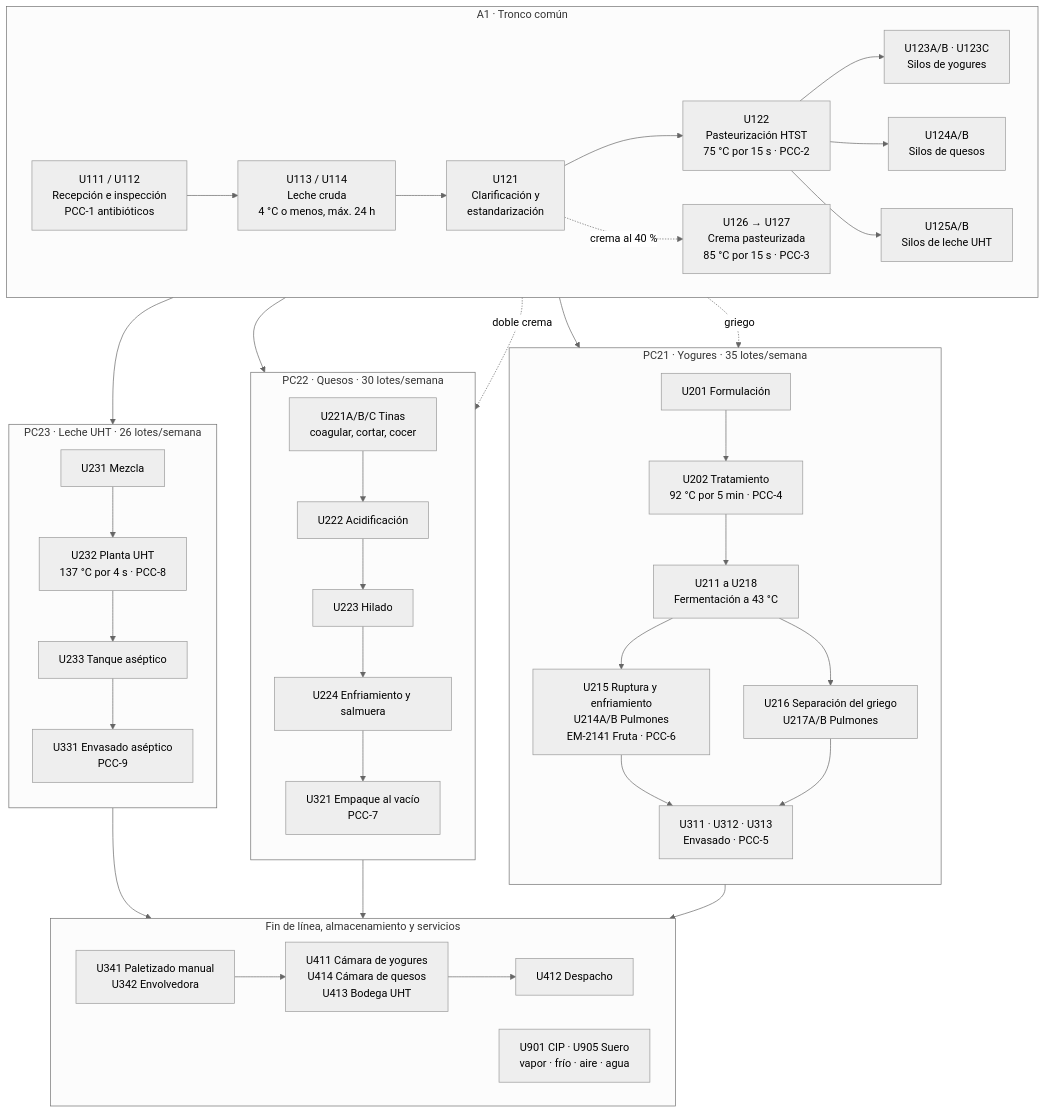
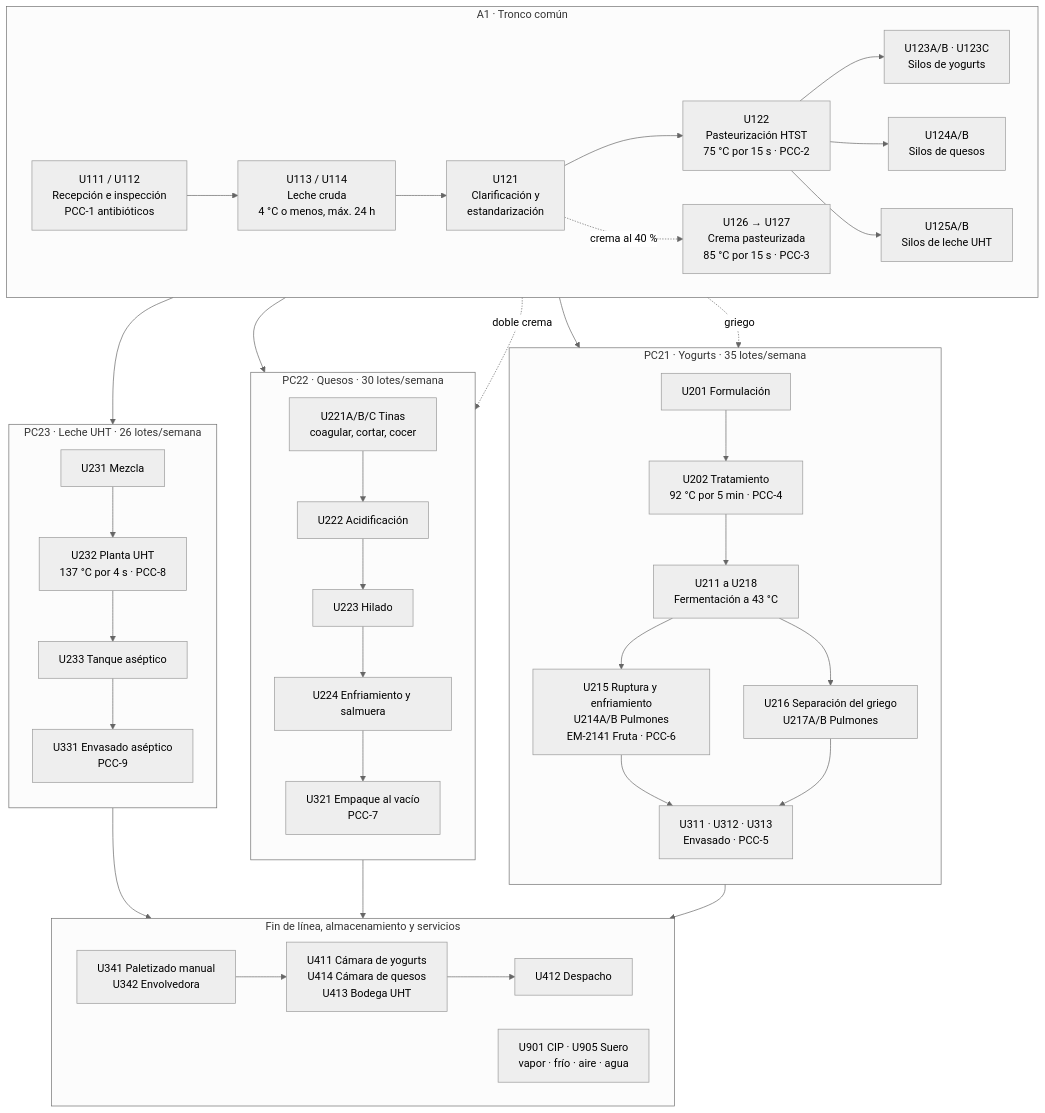
Before and after one commit to Mekvra/proyecto-integrador: the diagram in 01_transformacion-digital/isa88/diagrama_tronco_comun.md, drawn with Mermaid (neutral theme). The commit also changed other lines of this file and 58 other files, not shown here.

````diff
--- a/01_transformacion-digital/isa88/diagrama_tronco_comun.md
+++ b/01_transformacion-digital/isa88/diagrama_tronco_comun.md
@@ -5,54 +5,54 @@
 ```mermaid
 flowchart TB
     subgraph A1["A1 · Tronco común"]
         direction LR
         REC["U111 / U112<br/>Recepción e inspección<br/>PCC-1 antibióticos"] --> CRU["U113 / U114<br/>Leche cruda<br/>4 °C o menos, máx. 24 h"]
         CRU --> SEP["U121<br/>Clarificación y<br/>estandarización"]
         SEP --> HTST["U122<br/>Pasteurización HTST<br/>75 °C por 15 s · PCC-2"]
         SEP -.->|"crema al 40 %"| CR["U126 → U127<br/>Crema pasteurizada<br/>85 °C por 15 s · PCC-3"]
-        HTST --> SY["U123A/B · U123C<br/>Silos de yogures"]
+        HTST --> SY["U123A/B · U123C<br/>Silos de yogurts"]
         HTST --> SQ["U124A/B<br/>Silos de quesos"]
         HTST --> SL["U125A/B<br/>Silos de leche UHT"]
     end
 
-    subgraph Y["PC21 · Yogures · 35 lotes/semana"]
+    subgraph Y["PC21 · Yogurts · 35 lotes/semana"]
         direction TB
         Y1["U201 Formulación"] --> Y2["U202 Tratamiento<br/>92 °C por 5 min · PCC-4"]
         Y2 --> Y3["U211 a U218<br/>Fermentación a 43 °C"]
         Y3 --> Y4["U215 Ruptura y enfriamiento<br/>U214A/B Pulmones<br/>EM-2141 Fruta · PCC-6"]
         Y3 --> Y5["U216 Separación del griego<br/>U217A/B Pulmones"]
         Y4 --> Y6["U311 · U312 · U313<br/>Envasado · PCC-5"]
         Y5 --> Y6
     end
 
     subgraph Q["PC22 · Quesos · 30 lotes/semana"]
         direction TB
         Q1["U221A/B/C Tinas<br/>coagular, cortar, cocer"] --> Q2["U222 Acidificación"]
         Q2 --> Q3["U223 Hilado"]
         Q3 --> Q4["U224 Enfriamiento y salmuera"]
         Q4 --> Q5["U321 Empaque al vacío<br/>PCC-7"]
     end
 
     subgraph L["PC23 · Leche UHT · 26 lotes/semana"]
         direction TB
         L1["U231 Mezcla"] --> L2["U232 Planta UHT<br/>137 °C por 4 s · PCC-8"]
         L2 --> L3["U233 Tanque aséptico"]
         L3 --> L4["U331 Envasado aséptico<br/>PCC-9"]
     end
 
     subgraph FIN["Fin de línea, almacenamiento y servicios"]
         direction LR
-        PAL["U341 Paletizado manual<br/>U342 Envolvedora"] --> FRIO["U411 Cámara de yogures<br/>U414 Cámara de quesos<br/>U413 Bodega UHT"]
+        PAL["U341 Paletizado manual<br/>U342 Envolvedora"] --> FRIO["U411 Cámara de yogurts<br/>U414 Cámara de quesos<br/>U413 Bodega UHT"]
         FRIO --> DES["U412 Despacho"]
         SERV["U901 CIP · U905 Suero<br/>vapor · frío · aire · agua"]
     end
 
     SY --> Y1
     SQ --> Q1
     SL --> L1
     CR -.->|griego| Y5
     CR -.->|"doble crema"| Q1
     Y6 --> PAL
     Q5 --> PAL
     L4 --> PAL
 ```
````
